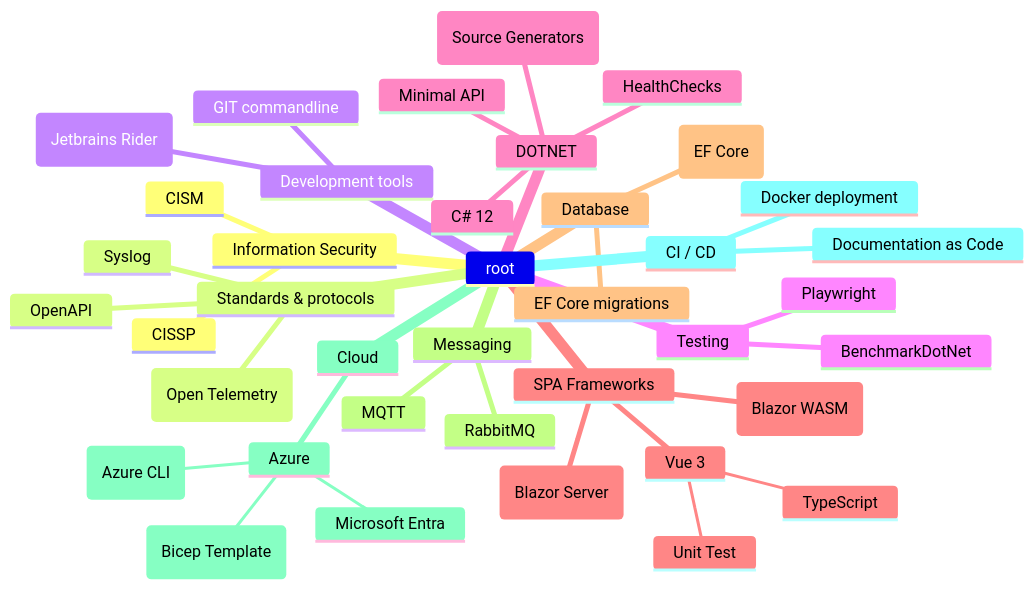
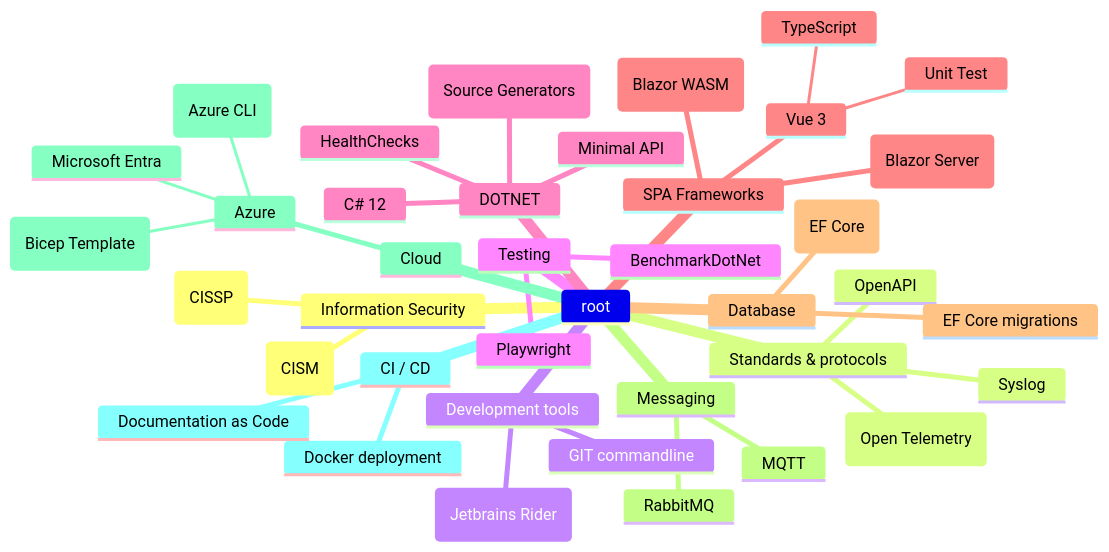
Before and after one commit to renevdhoek/renevdhoek: the second of 2 diagrams in README.md, drawn with Mermaid.

````diff
--- a/README.md
+++ b/README.md
@@ -12,42 +12,42 @@
 ```mermaid
 mindmap
   root
     Information Security
-        CISM
-        CISSP
+        (CISM)
+        (CISSP)
     Standards & protocols
         Syslog
         OpenAPI
         (Open Telemetry)
     Development tools      
         GIT commandline
         (Jetbrains Rider)
     Testing
       Playwright
       BenchmarkDotNet
     DOTNET
       C# 12
       HealthChecks
       (Source Generators)      
       Minimal API    
     SPA Frameworks
       Vue 3
         Unit Test
         TypeScript
       (Blazor Server)
       (Blazor WASM)
     Database
       EF Core migrations
       (EF Core)
     Messaging
       MQTT
       RabbitMQ
     Cloud
       Azure
         Microsoft Entra
         (Bicep Template)
         (Azure CLI)
     CI / CD
       Docker deployment
       Documentation as Code
 ```
````
